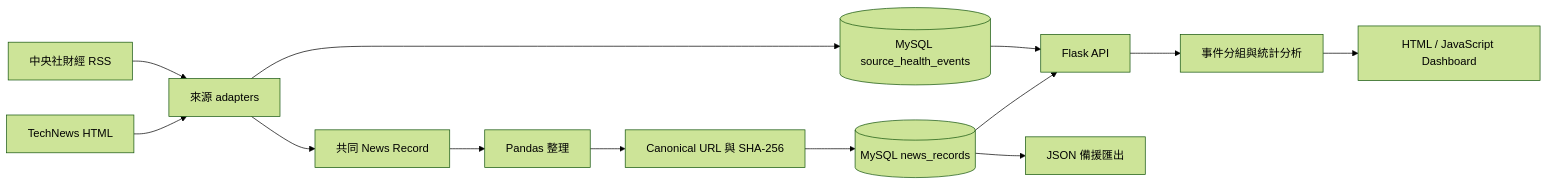
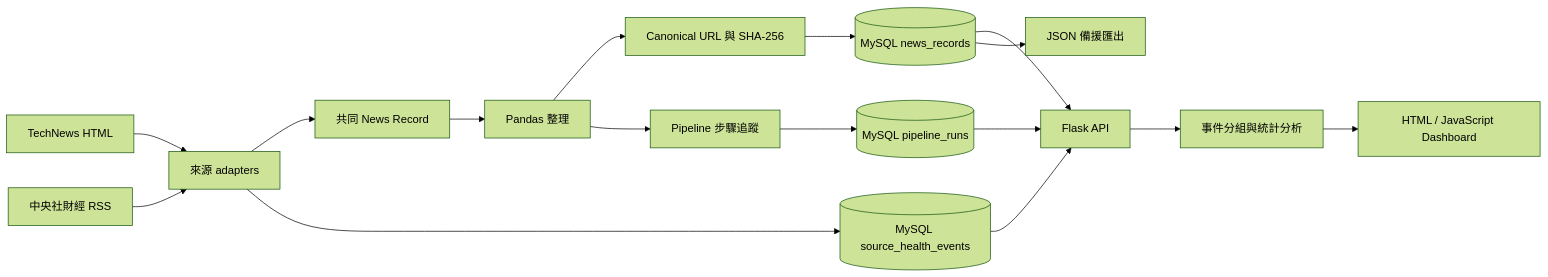
The diagram in README.md (OllieHu12304/Morning-Alpha), drawn with Mermaid (forest theme) before and after one commit. The commit also changed other lines of this file and 15 other files, not shown here.

````diff
--- a/README.md
+++ b/README.md
@@ -57,15 +60,18 @@
 ```mermaid
 flowchart LR
     A["TechNews HTML"] --> C["來源 adapters"]
     B["中央社財經 RSS"] --> C
     C --> D["共同 News Record"]
     D --> E["Pandas 整理"]
     E --> F["Canonical URL 與 SHA-256"]
     F --> G[("MySQL news_records")]
     C --> L[("MySQL source_health_events")]
+    E --> M["Pipeline 步驟追蹤"]
+    M --> N[("MySQL pipeline_runs")]
     G --> H["Flask API"]
     L --> H
+    N --> H
     G --> I["JSON 備援匯出"]
     H --> J["事件分組與統計分析"]
     J --> K["HTML / JavaScript Dashboard"]
 ```
````
